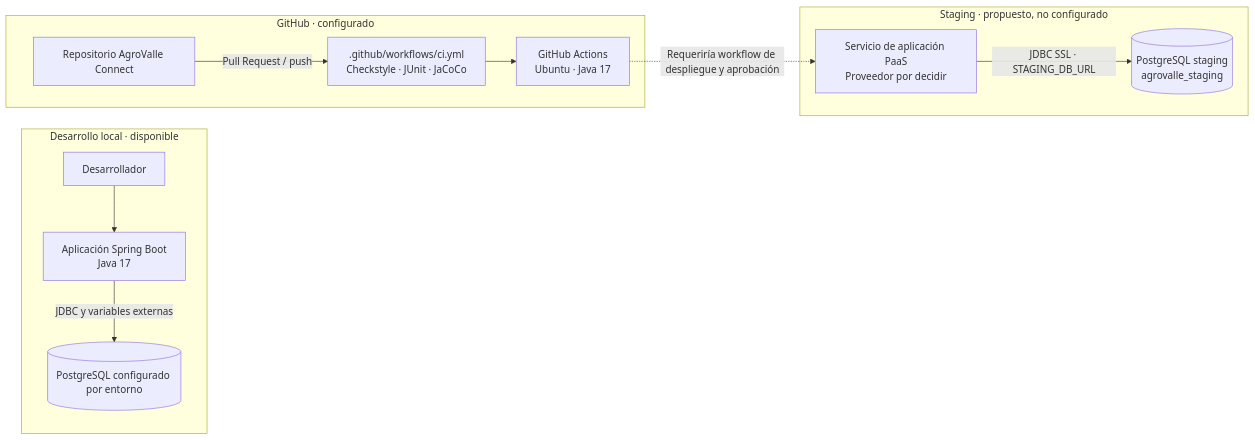
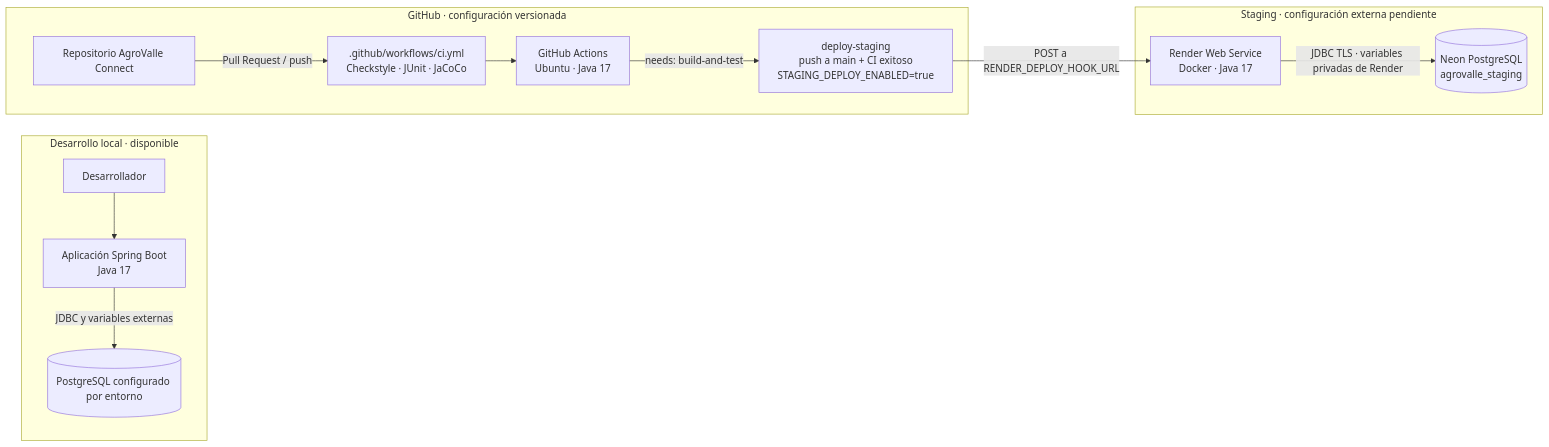
Before and after one commit to JD8329/Ingenieria-de-software-2: the seventh of 7 diagrams in docs/architecture/diagramas-uml.md, drawn with Mermaid. The commit also changed other lines of this file and 12 other files, not shown here.

Commit message:
build: prepare render staging deployment

````diff
--- a/docs/architecture/diagramas-uml.md
+++ b/docs/architecture/diagramas-uml.md
@@ -265,26 +268,28 @@
 ```mermaid
 flowchart LR
     subgraph Dev["Desarrollo local · disponible"]
         Developer["Desarrollador"]
         App["Aplicación Spring Boot<br/>Java 17"]
         LocalDB[("PostgreSQL configurado por entorno")]
         Developer --> App
         App -->|"JDBC y variables externas"| LocalDB
     end
 
-    subgraph GitHub["GitHub · configurado"]
+    subgraph GitHub["GitHub · configuración versionada"]
         Repo["Repositorio AgroValle Connect"]
         Workflow[".github/workflows/ci.yml<br/>Checkstyle · JUnit · JaCoCo"]
         Runner["GitHub Actions<br/>Ubuntu · Java 17"]
+        DeployJob["deploy-staging<br/>push a main + CI exitoso<br/>STAGING_DEPLOY_ENABLED=true"]
         Repo -->|"Pull Request / push"| Workflow
         Workflow --> Runner
+        Runner -->|"needs: build-and-test"| DeployJob
     end
 
-    subgraph Future["Staging · propuesto, no configurado"]
-        Deploy["Servicio de aplicación PaaS<br/>Proveedor por decidir"]
-        StageDB[("PostgreSQL staging<br/>agrovalle_staging")]
-        Deploy -->|"JDBC SSL · STAGING_DB_URL"| StageDB
+    subgraph Staging["Staging · configuración externa pendiente"]
+        Render["Render Web Service<br/>Docker · Java 17"]
+        StageDB[("Neon PostgreSQL<br/>agrovalle_staging")]
+        Render -->|"JDBC TLS · variables privadas de Render"| StageDB
     end
 
-    Runner -.->|"Requeriría workflow de despliegue y aprobación"| Deploy
+    DeployJob -->|"POST a RENDER_DEPLOY_HOOK_URL"| Render
 ```
````
